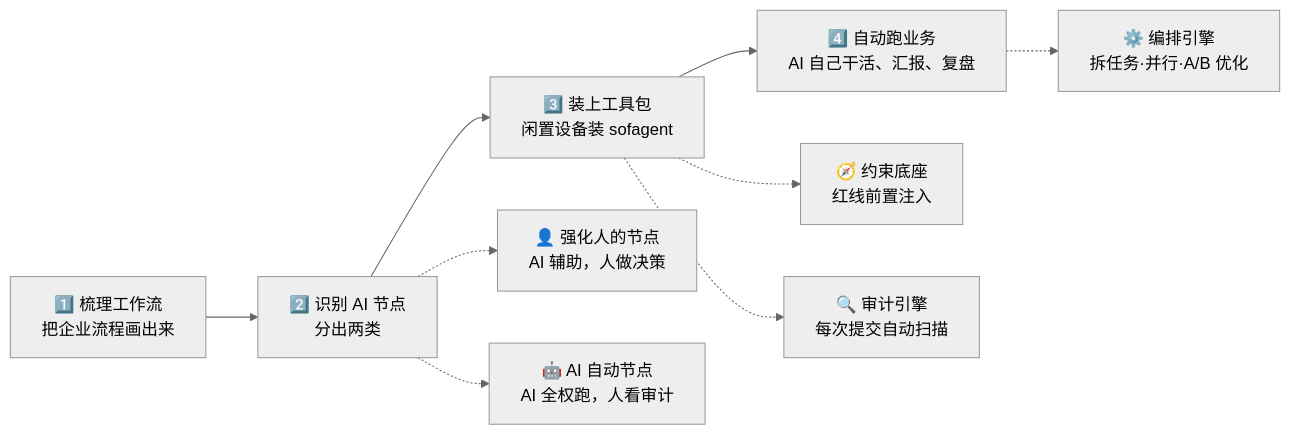
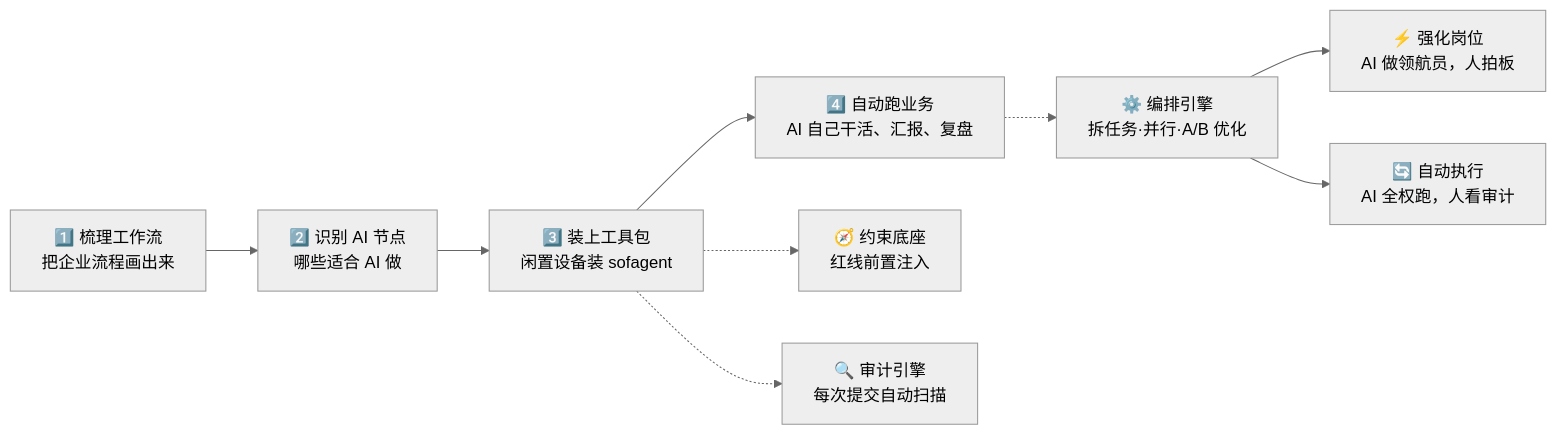
Before and after one commit to KongFangXun/sofagent: the first of 2 diagrams in README.md, drawn with Mermaid (neutral theme). The commit also changed other lines of this file and 6 other files, not shown here.

````diff
--- a/README.md
+++ b/README.md
@@ -60,13 +60,13 @@
 ```mermaid
 graph LR
-    A["1️⃣ 梳理工作流<br/>把企业流程画出来"] --> B["2️⃣ 识别 AI 节点<br/>分出两类"]
+    A["1️⃣ 梳理工作流<br/>把企业流程画出来"] --> B["2️⃣ 识别 AI 节点<br/>哪些适合 AI 做"]
     B --> C["3️⃣ 装上工具包<br/>闲置设备装 sofagent"]
     C --> D["4️⃣ 自动跑业务<br/>AI 自己干活、汇报、复盘"]
-
-    B -.-> H["👤 强化人的节点<br/>AI 辅助，人做决策"]
-    B -.-> I["🤖 AI 自动节点<br/>AI 全权跑，人看审计"]
 
     C -.-> E["🧭 约束底座<br/>红线前置注入"]
     C -.-> F["🔍 审计引擎<br/>每次提交自动扫描"]
     D -.-> G["⚙️ 编排引擎<br/>拆任务·并行·A/B 优化"]
+
+    G --> H["⚡ 强化岗位<br/>AI 做领航员，人拍板"]
+    G --> I["🔄 自动执行<br/>AI 全权跑，人看审计"]
 ```
````
